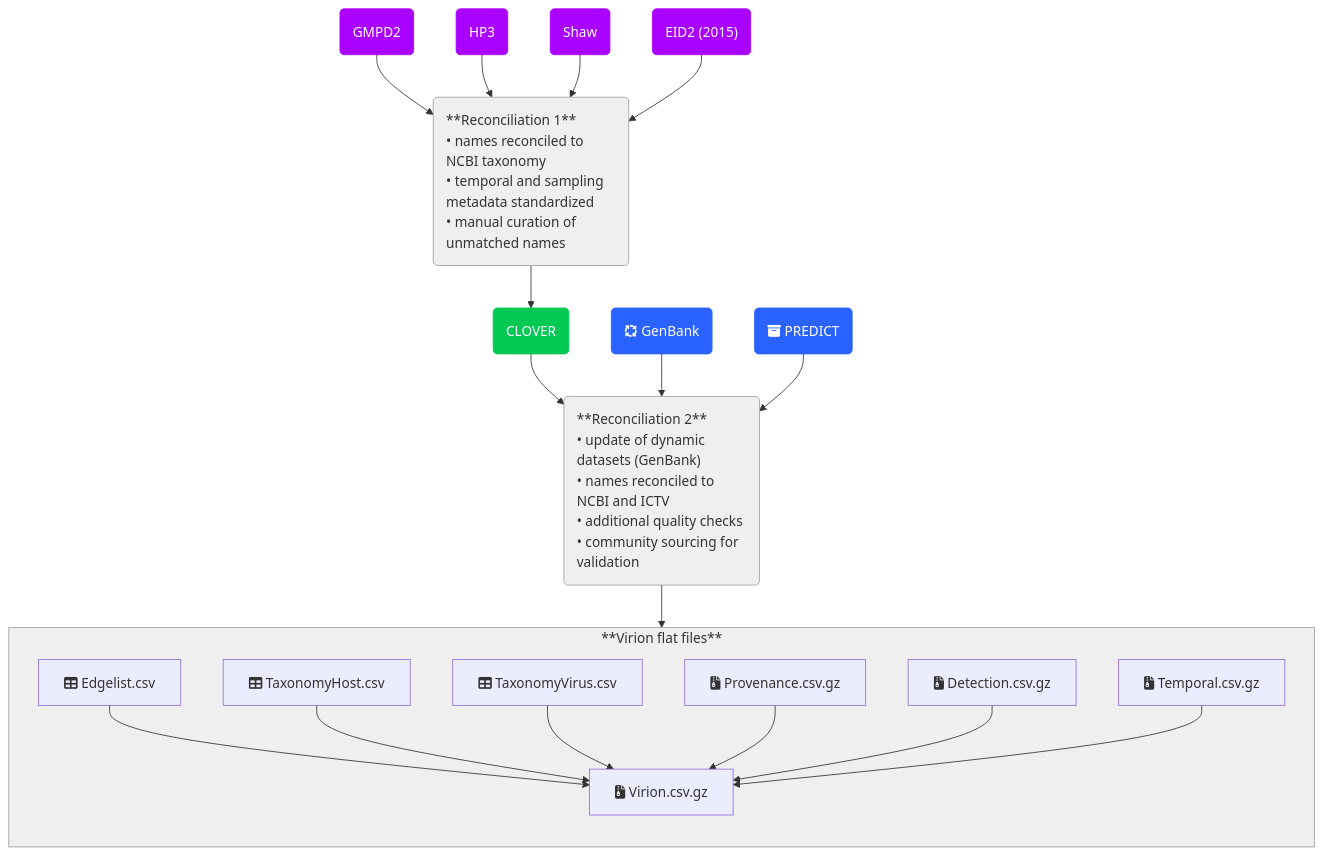
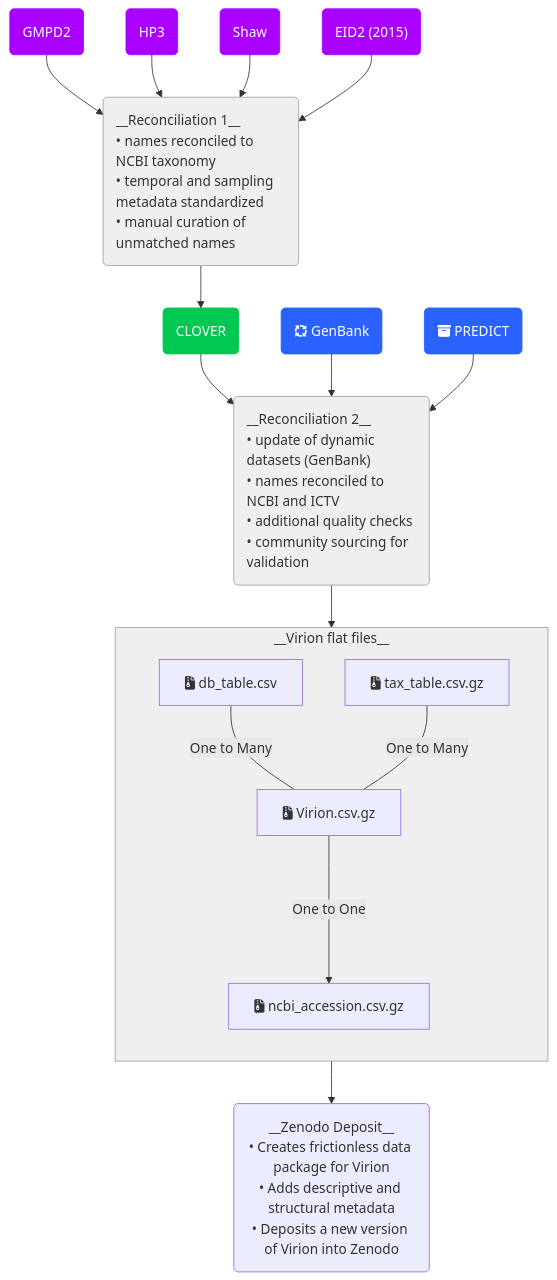
One commit to viralemergence/virion changed the diagram in README.md. Above: the diagram before and after it, drawn with Mermaid. The commit also changed other lines of this file, not shown here.

Commit message:
updated mermaid graph

````diff
--- a/README.md
+++ b/README.md
@@ -63,78 +63,81 @@
 ```mermaid
 flowchart TB
 
 %% Nodes
     GMPD2("GMPD2")
     HP3("HP3")
     Shaw("Shaw")
     EID2("EID2 (2015)")
 
     RECON1("
-**Reconciliation 1**
+__Reconciliation 1__
 • names reconciled to NCBI taxonomy
 • temporal and sampling metadata standardized
 • manual curation of unmatched names
 ")
 
     style RECON1 text-align:left, fill:#efefef, stroke:#a0a0a0;
     style RECON2 text-align:left, fill:#efefef, stroke:#a0a0a0;
 
     CLOVER("CLOVER")
 
     GenBank("fa:fa-arrows-spin GenBank")
 
     PREDICT("fa:fa-box-archive PREDICT")
 
-    RECON2("**Reconciliation 2**
+    RECON2("__Reconciliation 2__
 • update of dynamic datasets (GenBank)
 • names reconciled to NCBI and ICTV
 • additional quality checks
 • community sourcing for validation
 ")
 
 
-    subgraph virion[**Virion flat files**]
+    subgraph virion[__Virion flat files__]
         Virion["fa:fa-file-zipper Virion.csv.gz"]
-        Edgelist["fa:fa-table Edgelist.csv"]
-        TaxonomyHost["fa:fa-table TaxonomyHost.csv"]
-        TaxonomyVirus["fa:fa-table TaxonomyVirus.csv"]
-        Provenance["fa:fa-file-zipper Provenance.csv.gz"]
-        Detection["fa:fa-file-zipper Detection.csv.gz"]
-        Temporal["fa:fa-file-zipper Temporal.csv.gz"]
+        db_table["fa:fa-file-zipper db_table.csv"]
+        tax_table["fa:fa-file-zipper tax_table.csv.gz"]
+        ncbi_accession["fa:fa-file-zipper ncbi_accession.csv.gz"]
         direction TB
-        Edgelist --> Virion
-        TaxonomyHost --> Virion
-        TaxonomyVirus --> Virion
-        Provenance --> Virion
-        Detection --> Virion
-        Temporal --> Virion
+        db_table --"One to Many"--- Virion
+        tax_table --"One to Many"--- Virion
+        Virion --"One to One"---> ncbi_accession
     end
 
     style virion stroke:#a0a0a0, fill:#efefef;
+
+    ZenodoDeposit("
+__Zenodo Deposit__
+• Creates frictionless data package for Virion
+• Adds descriptive and structural metadata
+• Deposits a new version of Virion into Zenodo
+")
 
 %% Edge connections between nodes
     GMPD2 --> RECON1;
     HP3 --> RECON1;
     Shaw --> RECON1;
     EID2 --> RECON1;
     RECON1 --> CLOVER;
 
     CLOVER --> RECON2;
     GenBank --> RECON2;
     PREDICT --> RECON2;
 
     RECON2 --> virion;
 
+    virion --> ZenodoDeposit;
+
 %% Individual node styling. Try the visual editor toolbar for easier styling!
     style GMPD2 color:#FFFFFF, fill:#AA00FF, stroke:#AA00FF
     style HP3 color:#FFFFFF, fill:#AA00FF, stroke:#AA00FF
     style Shaw color:#FFFFFF, fill:#AA00FF, stroke:#AA00FF
     style EID2 color:#FFFFFF, fill:#AA00FF, stroke:#AA00FF
 
     style CLOVER color:#FFFFFF, stroke:#00C853, fill:#00C853
 
     style GenBank color:#FFFFFF, stroke:#2962FF, fill:#2962FF
     style PREDICT color:#FFFFFF, stroke:#2962FF, fill:#2962FF
 
 %% You can add notes with two "%" signs in a row!
 ```
````
